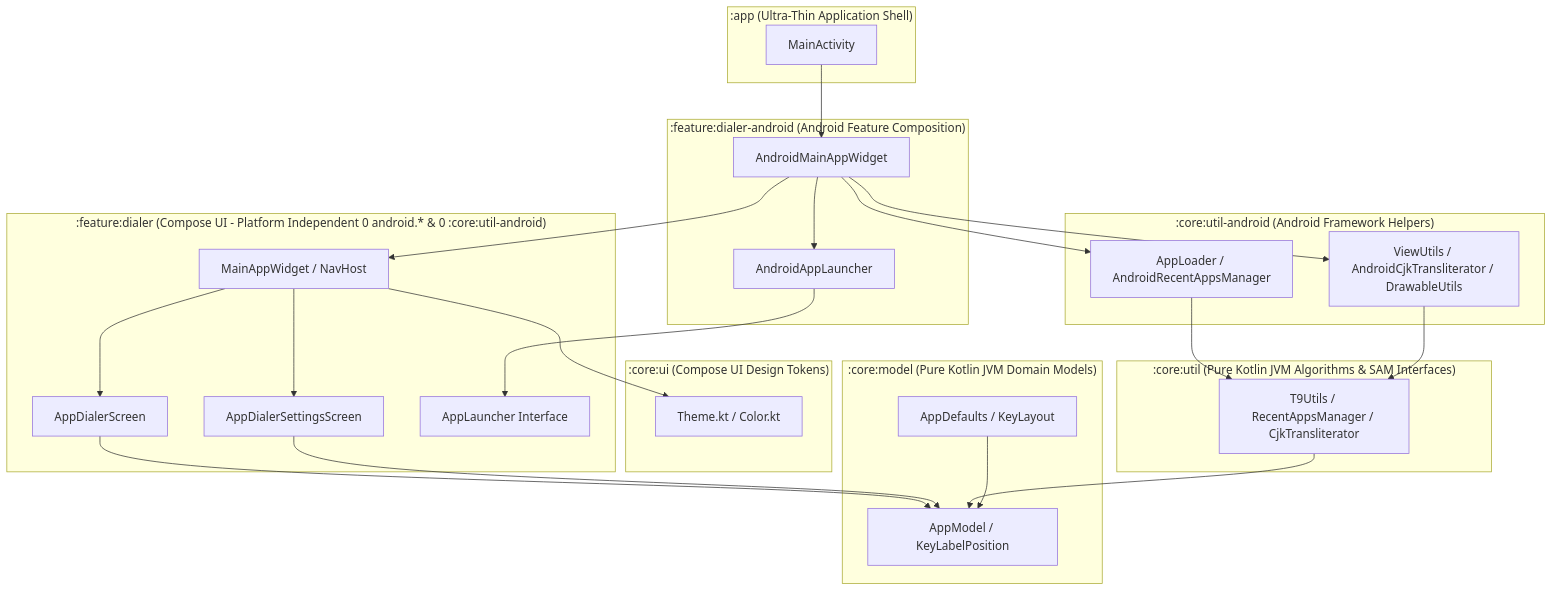
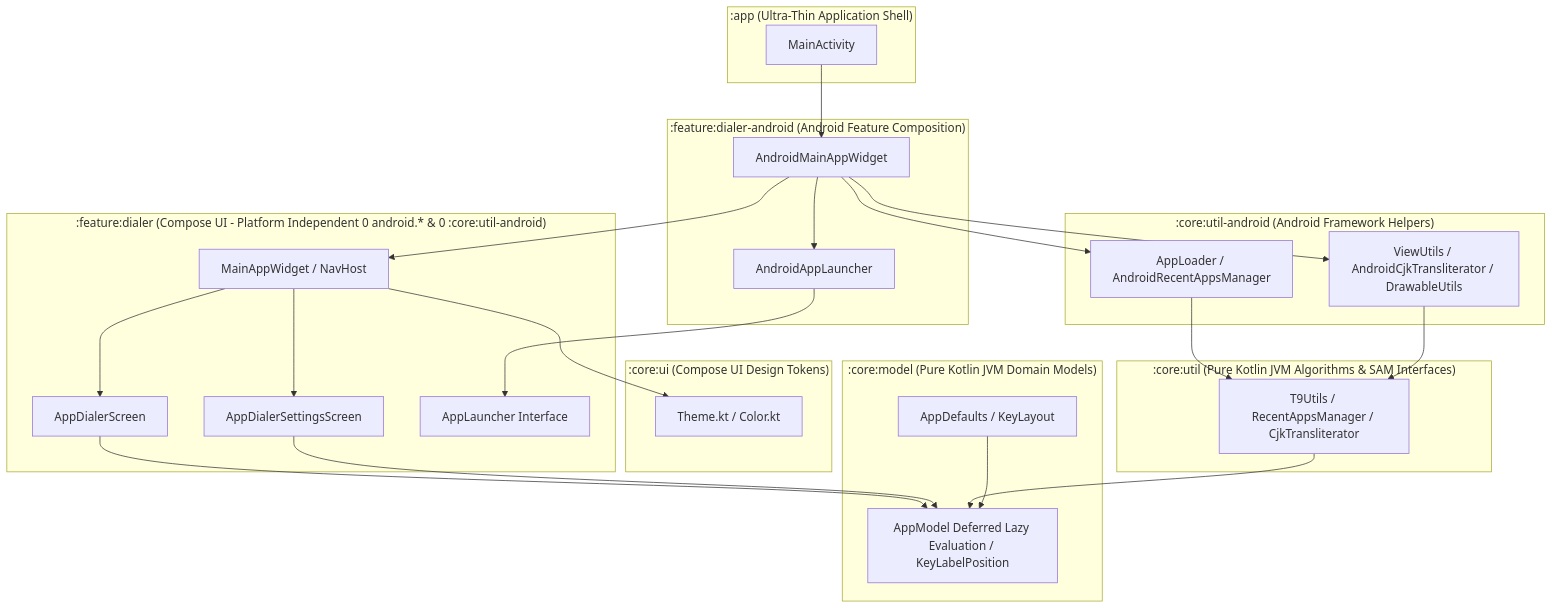
One commit to yongjhih/app-dialer-app changed the diagram in ARCHITECTURE.md. Above: the diagram before and after it, drawn with Mermaid. The commit also changed other lines of this file, not shown here.

Commit message:
docs: Document AppModel deferred lazy evaluation in ARCHITECTURE.md

````diff
--- a/ARCHITECTURE.md
+++ b/ARCHITECTURE.md
@@ -15,52 +15,52 @@
 ```mermaid
 graph TD
     subgraph ":app (Ultra-Thin Application Shell)"
         A[MainActivity]
     end
 
     subgraph ":feature:dialer-android (Android Feature Composition)"
         B[AndroidMainAppWidget]
         C[AndroidAppLauncher]
     end
 
     subgraph ":feature:dialer (Compose UI - Platform Independent 0 android.* & 0 :core:util-android)"
         D[MainAppWidget / NavHost]
         E[AppDialerScreen]
         F[AppDialerSettingsScreen]
         G[AppLauncher Interface]
     end
 
     subgraph ":core:ui (Compose UI Design Tokens)"
         H[Theme.kt / Color.kt]
     end
 
     subgraph ":core:util-android (Android Framework Helpers)"
         I[AppLoader / AndroidRecentAppsManager]
         J[ViewUtils / AndroidCjkTransliterator / DrawableUtils]
     end
 
     subgraph ":core:util (Pure Kotlin JVM Algorithms & SAM Interfaces)"
         K[T9Utils / RecentAppsManager / CjkTransliterator]
     end
 
     subgraph ":core:model (Pure Kotlin JVM Domain Models)"
-        L[AppModel / KeyLabelPosition]
+        L[AppModel Deferred Lazy Evaluation / KeyLabelPosition]
         M[AppDefaults / KeyLayout]
     end
 
     A --> B
     B --> C
     B --> D
     C --> G
     D --> E
     D --> F
     D --> H
     B --> I
     B --> J
     E --> L
     F --> L
     I --> K
     J --> K
     K --> L
     M --> L
 ```
````
